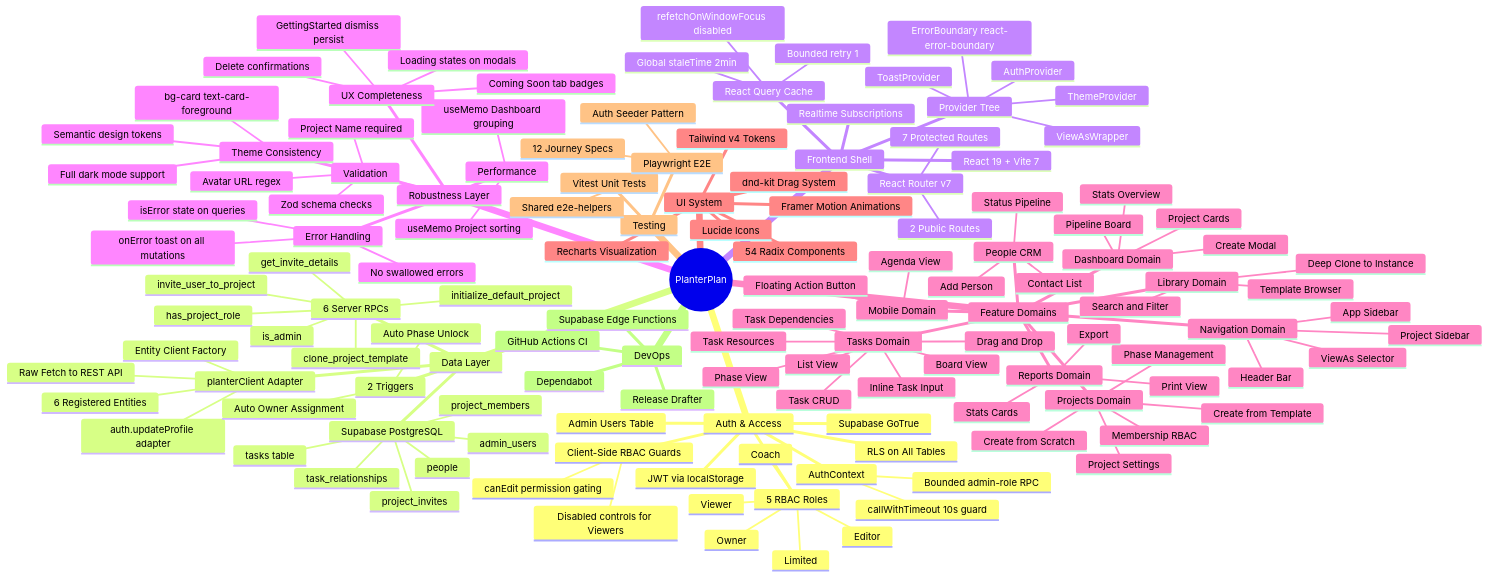
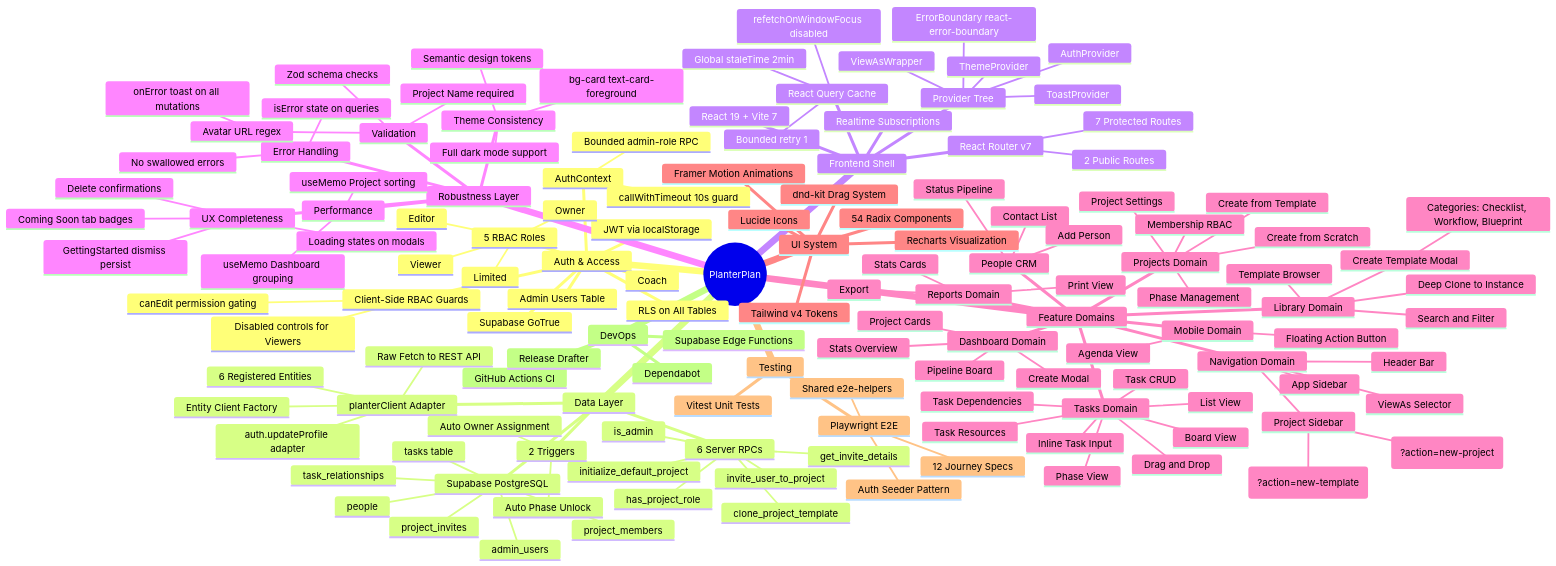
The first of 10 diagrams in docs/PROJECT_MIND_MAP.md (JoelA510/PlanterPlan-Alpha), drawn with Mermaid before and after one commit. The commit also changed other lines of this file, not shown here.

Commit message:
docs: update mind map with Template System and recent schema hardening

```diff
--- a/docs/PROJECT_MIND_MAP.md
+++ b/docs/PROJECT_MIND_MAP.md
@@ -201,9 +201,13 @@
       Navigation Domain
         App Sidebar
         Project Sidebar
+          New Project Button (?action=new-project)
+          New Template Button (?action=new-template)
         Header Bar
         ViewAs Selector
       Library Domain
+        Create Template Modal
+          Categories: Checklist, Workflow, Blueprint
         Template Browser
         Search and Filter
         Deep Clone to Instance
```
